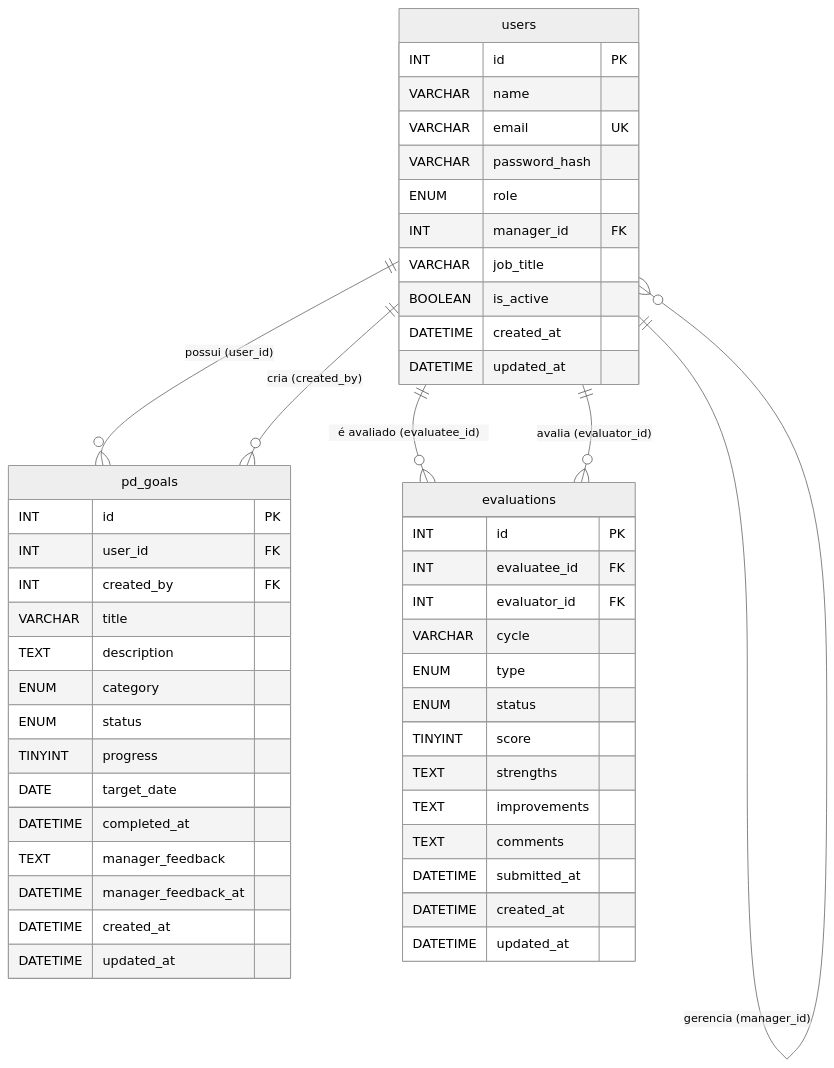
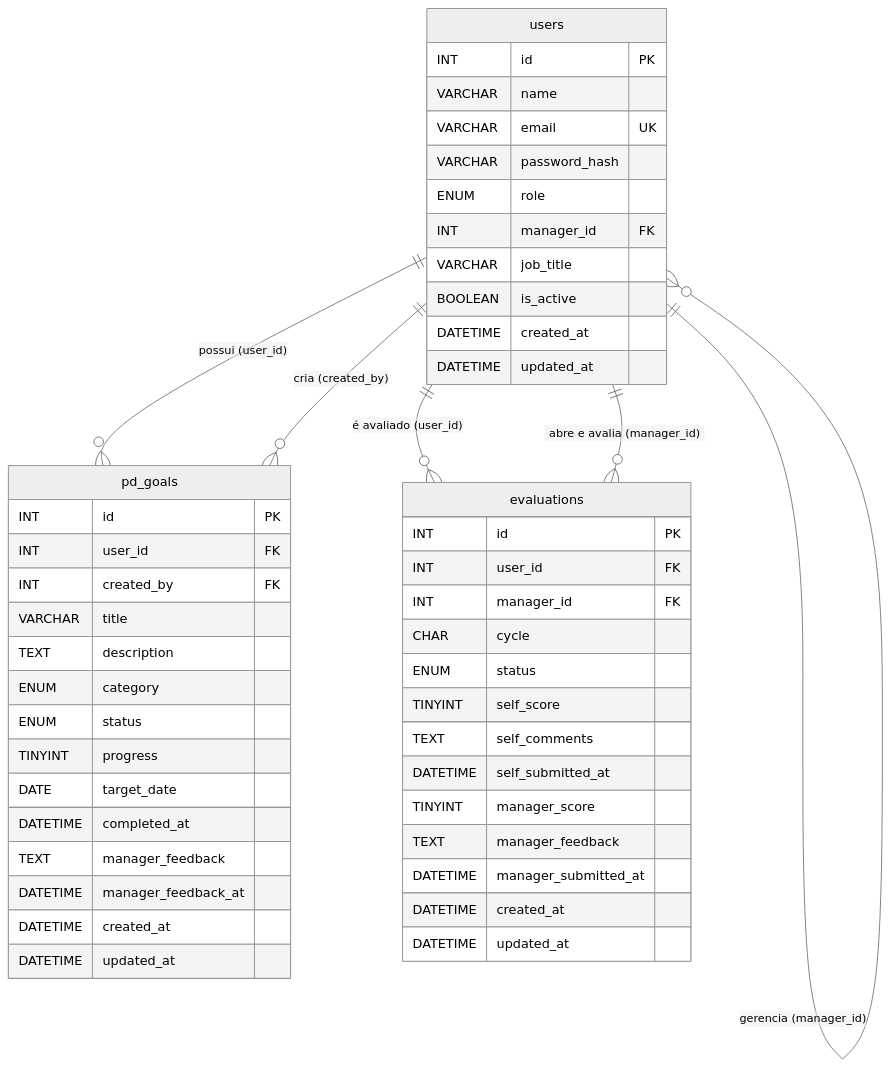
One commit to vitorbrenguere/one-pulse changed the second of 2 diagrams in specs/00-architecture.spec.md. Above: the diagram before and after it, drawn with Mermaid (neutral theme). The commit also changed other lines of this file, not shown here.

First line of the commit message:
docs(architecture): update evaluations schema to v1.3.0

````diff
--- a/specs/00-architecture.spec.md
+++ b/specs/00-architecture.spec.md
@@ -91,52 +92,52 @@
 ```mermaid
 erDiagram
   users ||--o{ users : "gerencia (manager_id)"
   users ||--o{ pd_goals : "possui (user_id)"
   users ||--o{ pd_goals : "cria (created_by)"
-  users ||--o{ evaluations : "é avaliado (evaluatee_id)"
-  users ||--o{ evaluations : "avalia (evaluator_id)"
+  users ||--o{ evaluations : "é avaliado (user_id)"
+  users ||--o{ evaluations : "abre e avalia (manager_id)"
 
   users {
     INT id PK
     VARCHAR name
     VARCHAR email UK
     VARCHAR password_hash
     ENUM role
     INT manager_id FK
     VARCHAR job_title
     BOOLEAN is_active
     DATETIME created_at
     DATETIME updated_at
   }
   pd_goals {
     INT id PK
     INT user_id FK
     INT created_by FK
     VARCHAR title
     TEXT description
     ENUM category
     ENUM status
     TINYINT progress
     DATE target_date
     DATETIME completed_at
     TEXT manager_feedback
     DATETIME manager_feedback_at
     DATETIME created_at
     DATETIME updated_at
   }
   evaluations {
     INT id PK
-    INT evaluatee_id FK
-    INT evaluator_id FK
-    VARCHAR cycle
-    ENUM type
+    INT user_id FK
+    INT manager_id FK
+    CHAR cycle
     ENUM status
-    TINYINT score
-    TEXT strengths
-    TEXT improvements
-    TEXT comments
-    DATETIME submitted_at
+    TINYINT self_score
+    TEXT self_comments
+    DATETIME self_submitted_at
+    TINYINT manager_score
+    TEXT manager_feedback
+    DATETIME manager_submitted_at
     DATETIME created_at
     DATETIME updated_at
   }
 ```
````
